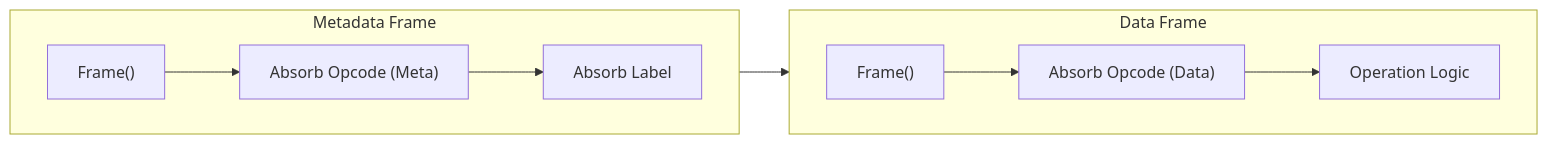
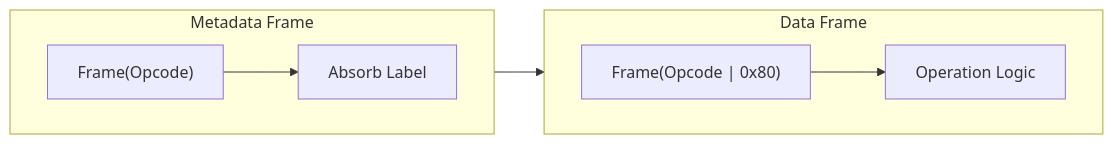
Before and after one commit to codahale/newplex: the third of 4 diagrams in design.md, drawn with Mermaid. The commit also changed other lines of this file and 2 other files, not shown here.

First line of the commit message:
Require identifier for `Frame` operations

````diff
--- a/design.md
+++ b/design.md
@@ -738,12 +732,12 @@
 ```mermaid
 flowchart LR
     subgraph Metadata ["Metadata Frame"]
         direction LR
-        M1["Frame()"] --> M2["Absorb Opcode (Meta)"] --> M3["Absorb Label"]
+        M1["Frame(Opcode)"] --> M2["Absorb Label"]
     end
     subgraph Data ["Data Frame"]
         direction LR
-        D1["Frame()"] --> D2["Absorb Opcode (Data)"] --> D3["Operation Logic"]
+        D1["Frame(Opcode | 0x80)"] --> D2["Operation Logic"]
     end
     Metadata --> Data
 ```
````
